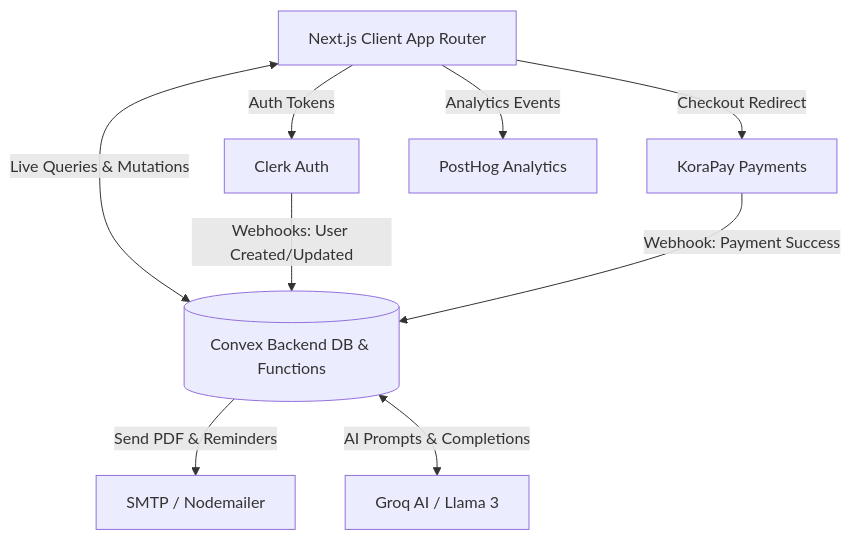
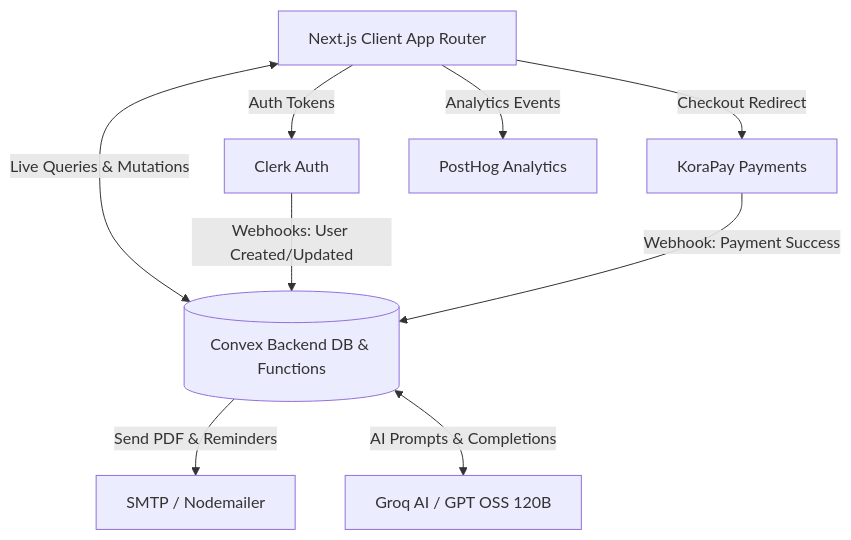
The first of 4 diagrams in docs/SYSTEM_ARCHITECTURE.md (codeconnoisseur-channels/invoiceser), drawn with Mermaid before and after one commit. The commit also changed 34 other files, not shown here.

````diff
--- a/docs/SYSTEM_ARCHITECTURE.md
+++ b/docs/SYSTEM_ARCHITECTURE.md
@@ -9,21 +9,21 @@
 ```mermaid
 graph TD
     %% Define Nodes
     Client[Next.js Client App Router]
     Convex[(Convex Backend DB & Functions)]
     Clerk[Clerk Auth]
     SMTP[SMTP / Nodemailer]
-    Groq[Groq AI / Llama 3]
+    Groq[Groq AI / GPT OSS 120B]
     KoraPay[KoraPay Payments]
     PostHog[PostHog Analytics]
     
     %% Relationships
     Client <-->|Live Queries & Mutations| Convex
     Client -->|Auth Tokens| Clerk
     Client -->|Analytics Events| PostHog
     Clerk -->|Webhooks: User Created/Updated| Convex
     Convex -->|Send PDF & Reminders| SMTP
     Convex <-->|AI Prompts & Completions| Groq
     Client -->|Checkout Redirect| KoraPay
     KoraPay -->|Webhook: Payment Success| Convex
 ```
````
